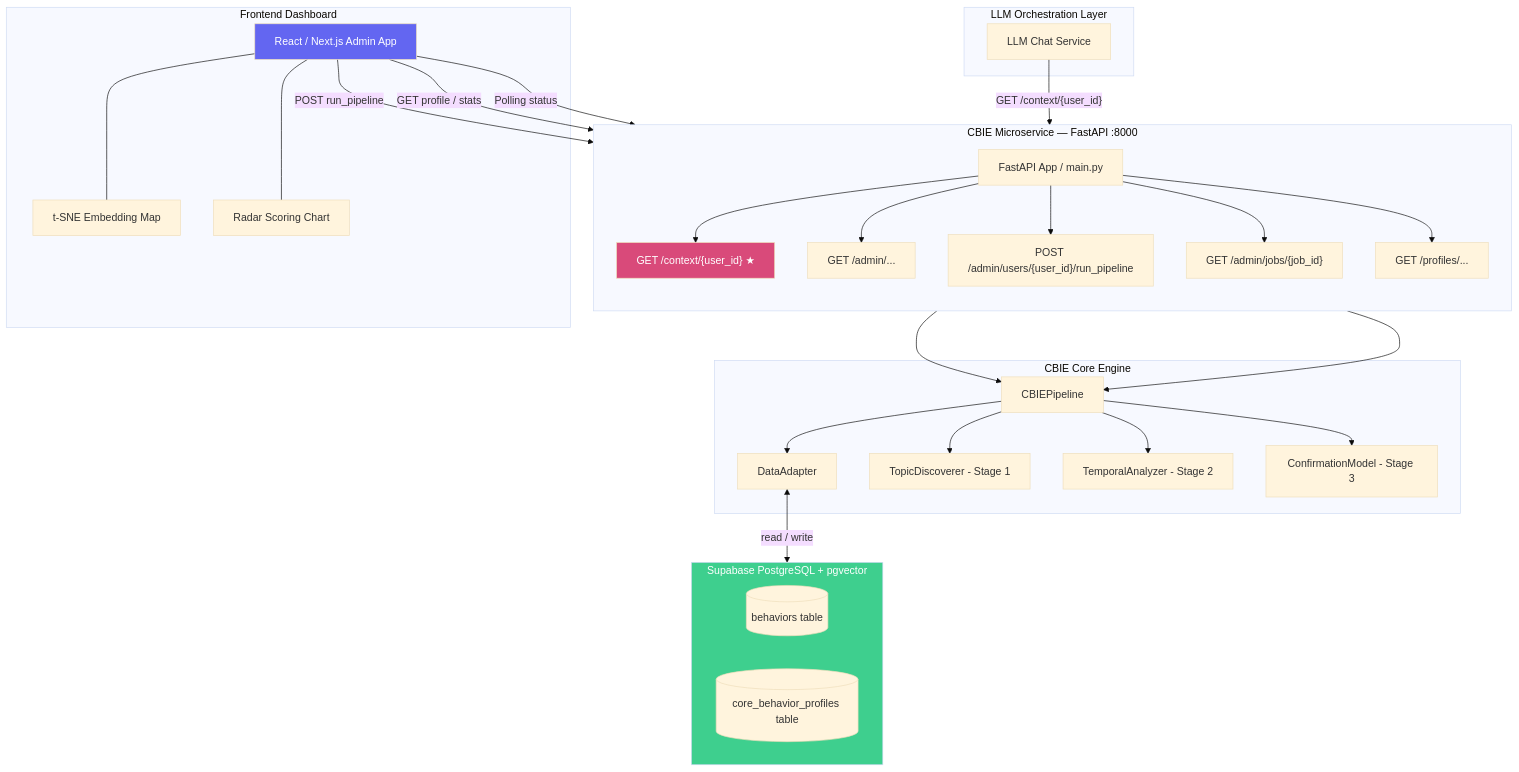
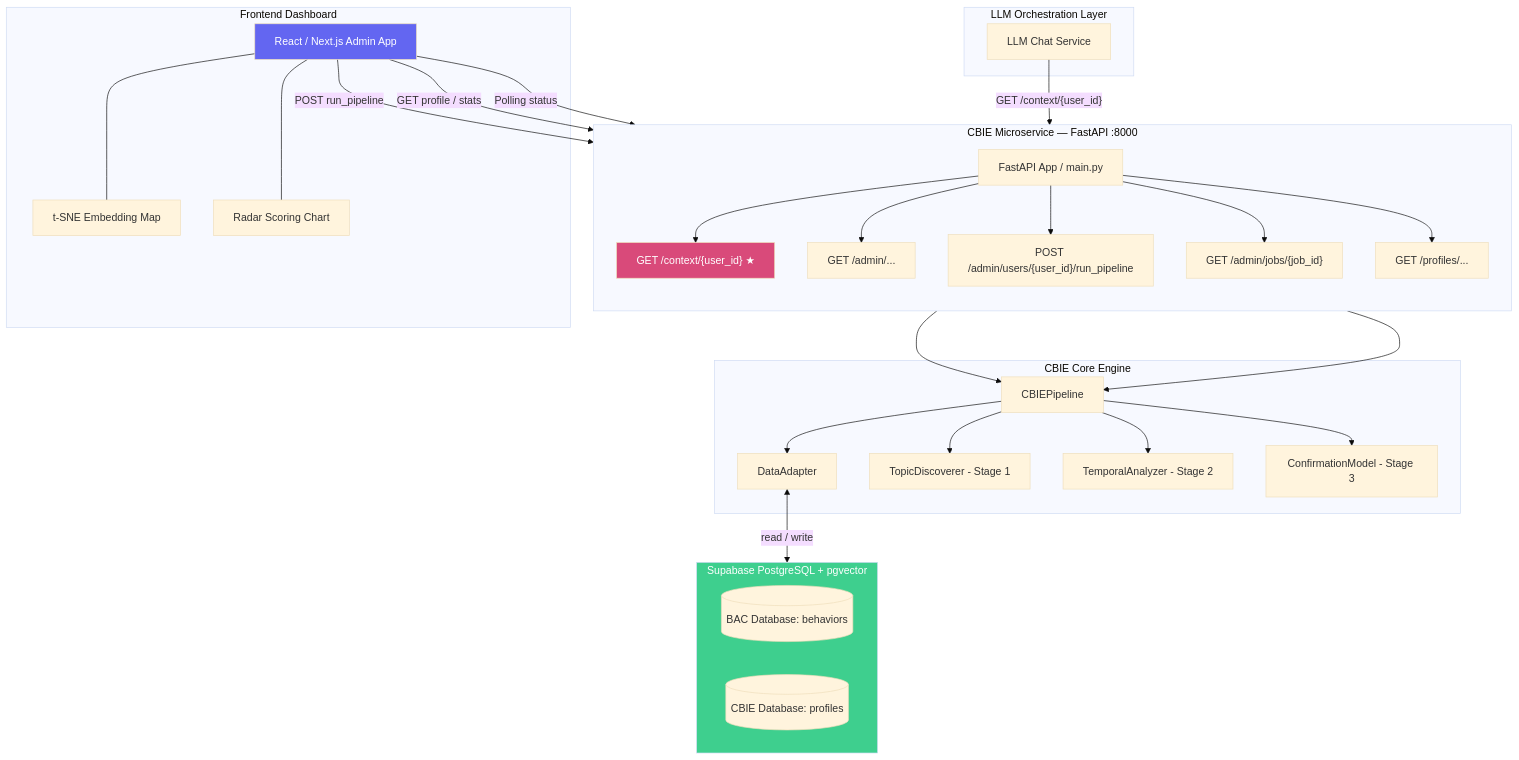
The diagram in SYSTEM_DOCUMENTATION.md (RP-Context-Engineering-via-MCP/core-behaviour-identification-engine), drawn with Mermaid (base theme) before and after one commit. The commit also changed other lines of this file, not shown here.

Commit message:
docs: update system documentation to reflect adaptive DBSCAN and dual-DB architecture

````diff
--- a/SYSTEM_DOCUMENTATION.md
+++ b/SYSTEM_DOCUMENTATION.md
@@ -42,51 +42,51 @@
 ```mermaid
 graph TD
     subgraph LLM["LLM Orchestration Layer"]
         LLMC[LLM Chat Service]
     end
 
     subgraph FE["Frontend Dashboard"]
         UI[React / Next.js Admin App]
         V1[t-SNE Embedding Map]
         V2[Radar Scoring Chart]
         UI --- V1
         UI --- V2
     end
 
     subgraph API["CBIE Microservice — FastAPI :8000"]
         direction TB
         GW[FastAPI App / main.py]
         CTX["GET /context/{user_id} ★"]
         ADM["GET /admin/..."]
         PIP["POST /admin/users/{user_id}/run_pipeline"]
         STAT["GET /admin/jobs/{job_id}"]
         PROF["GET /profiles/..."]
     end
 
     subgraph Engine["CBIE Core Engine"]
         DA[DataAdapter]
         TD[TopicDiscoverer - Stage 1]
         TA[TemporalAnalyzer - Stage 2]
         CM[ConfirmationModel - Stage 3]
         PL[CBIEPipeline]
     end
 
     subgraph DB["Supabase PostgreSQL + pgvector"]
-        BT[(behaviors table)]
-        PT[(core_behavior_profiles table)]
+        BT[(BAC Database: behaviors)]
+        PT[(CBIE Database: profiles)]
     end
 
     LLMC -- "GET /context/{user_id}" --> CTX
     UI -- "POST run_pipeline" --> PIP
     UI -- "GET profile / stats" --> ADM
     UI -- "Polling status" --> STAT
 
     GW --> CTX & ADM & PIP & STAT & PROF
     CTX & PIP --> PL
     PL --> DA & TD & TA & CM
     DA <-->|"read / write"| DB
 
     style CTX fill:#D94A7A,color:#fff
     style DB fill:#3ECF8E,color:#fff
     style UI fill:#6366F1,color:#fff
 ```
````
